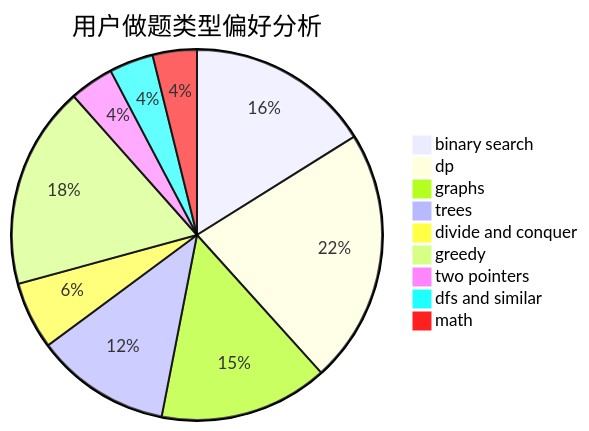
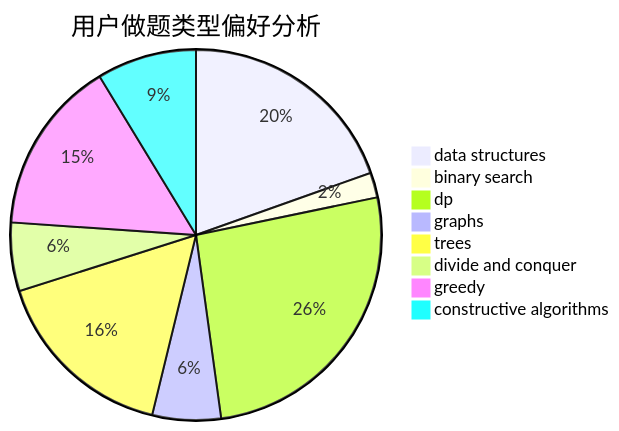
The second of 3 diagrams in docs/user/u526.md (sherpahu/cfrs.github.io), drawn with Mermaid before and after one commit. The commit also changed other lines of this file and 2775 other files, not shown here.

````diff
--- a/docs/user/u526.md
+++ b/docs/user/u526.md
@@ -23,12 +23,11 @@
 ```mermaid
 pie title 用户做题类型偏好分析
-    "binary search" :  71
-    "dp" :  98
-    "graphs" :  65
-    "trees" :  52
-    "divide and conquer" :  26
-    "greedy" :  78
-    "two pointers" :  17
-    "dfs and similar" :  17
-    "math" :  17
+    "data structures" :  36
+    "binary search" :  4
+    "dp" :  48
+    "graphs" :  11
+    "trees" :  30
+    "divide and conquer" :  11
+    "greedy" :  28
+    "constructive algorithms" :  16
 ```
````
